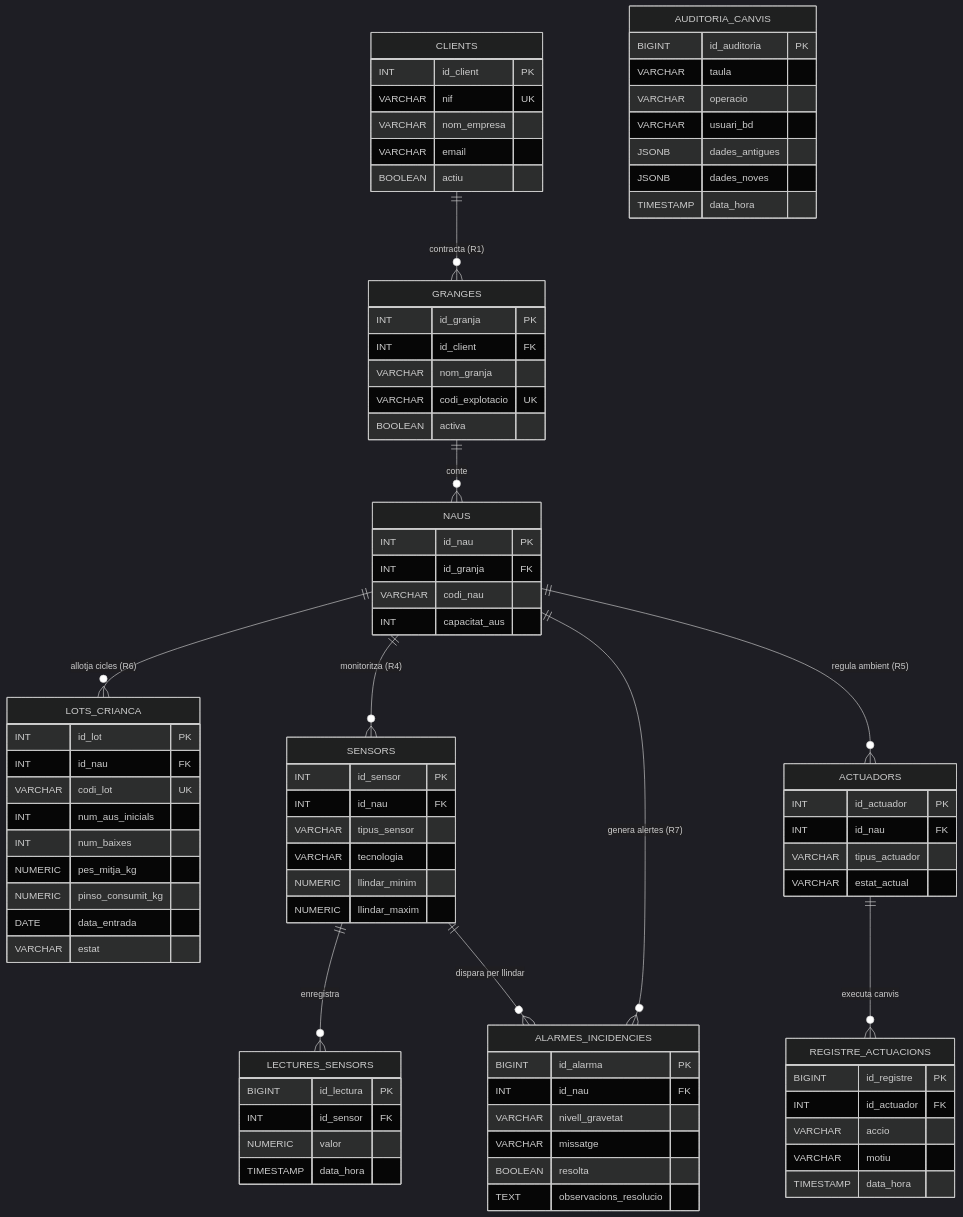
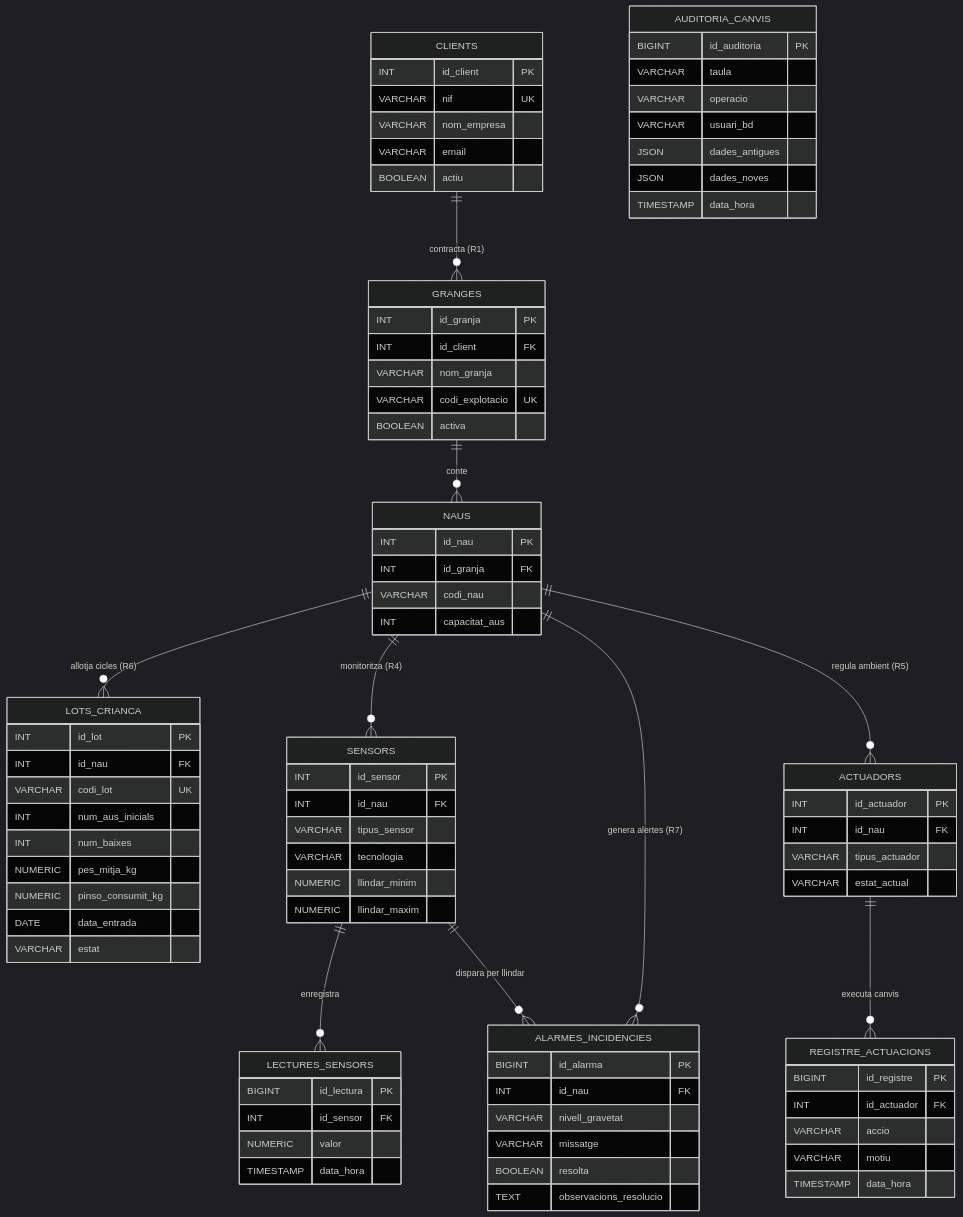
The third of 4 diagrams in docs/E2_disseny_tecnic/E2_document_disseny_tecnic.md (JoanGarcia25/avigest-projecte), drawn with Mermaid (dark theme) before and after one commit. The commit also changed other lines of this file and 46 other files, not shown here.

````diff
--- a/docs/E2_disseny_tecnic/E2_document_disseny_tecnic.md
+++ b/docs/E2_disseny_tecnic/E2_document_disseny_tecnic.md
@@ -404,8 +404,8 @@
         VARCHAR taula
         VARCHAR operacio
         VARCHAR usuari_bd
-        JSONB dades_antigues
-        JSONB dades_noves
+        JSON dades_antigues
+        JSON dades_noves
         TIMESTAMP data_hora
     }
 ```
````
